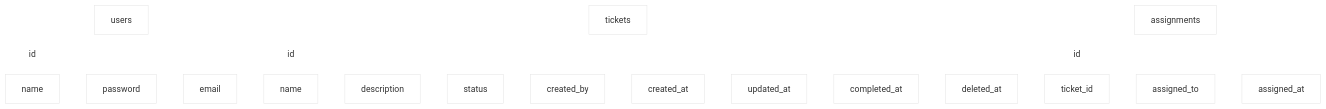
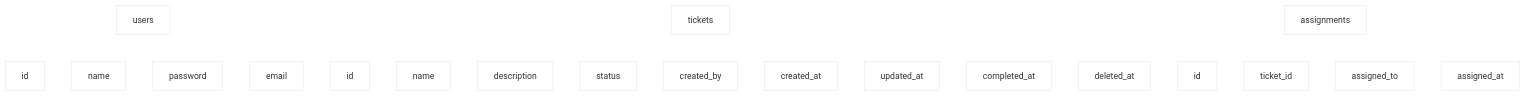
The diagram in database-layout.mermaid (AryanBangwal/CRM---Tickets-Module), drawn with Mermaid before and after one commit.

Commit message:
made the id alignment correct

```diff
--- a/database-layout.mermaid
+++ b/database-layout.mermaid
@@ -1,18 +1,21 @@
 %%{init: {'theme': 'base', 'themeVariables': {'primaryColor': '#ffffff', 'edgeLabelBackground': '#ffffff', 'lineColor': '#ffffff'}}}%%
 flowchart TD
-    A["users"] -->|id| A1["name"]
+    A["users"] -->A0["id"] 
+    A --> A1["name"]
     A --> A2["password"]
     A --> A3["email"]
     
-    B["tickets"] -->|id| B1["name"]
+    B["tickets"] -->B0["id"]
+    B --> B1["name"]
     B --> B2["description"]
     B --> B3["status"]
     B --> B4["created_by"]
     B --> B5["created_at"]
     B --> B6["updated_at"]
     B --> B7["completed_at"]
     B --> B8["deleted_at"]
     
-    C["assignments"] -->|id| C1["ticket_id"]
+    C["assignments"] -->C0["id"] 
+    C --> C1["ticket_id"]
     C --> C2["assigned_to"]
     C --> C3["assigned_at"]
```
